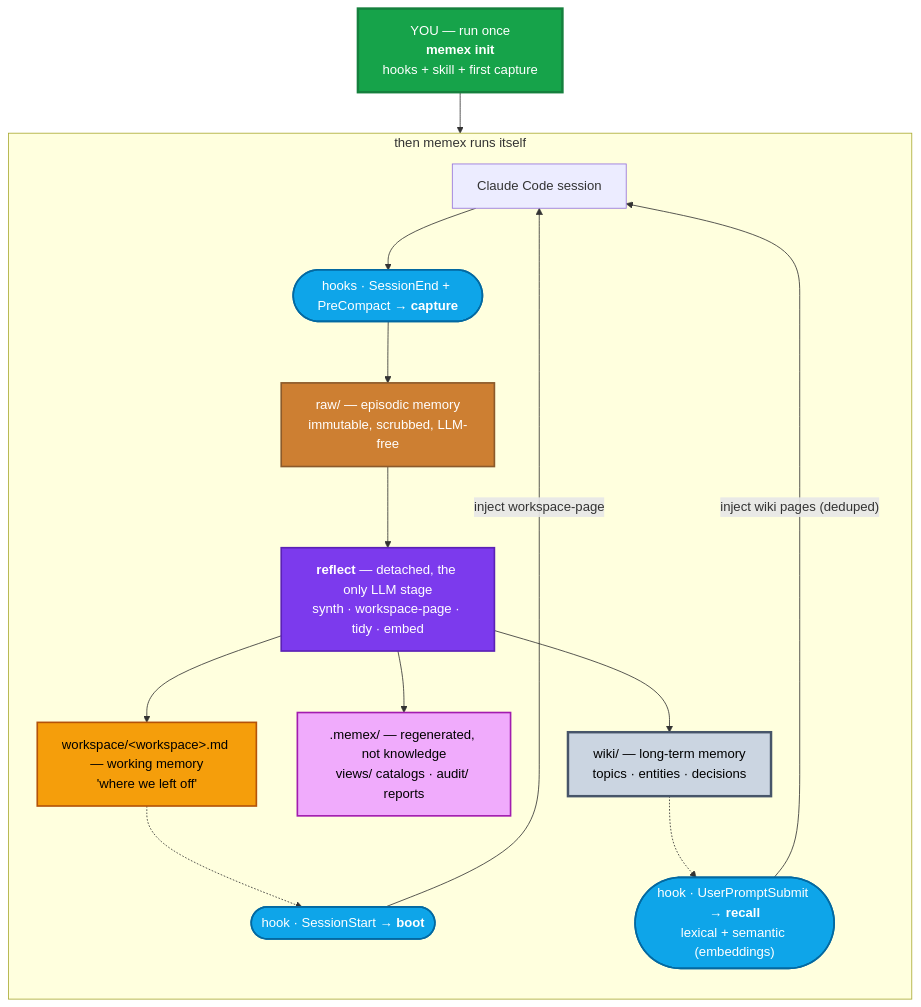
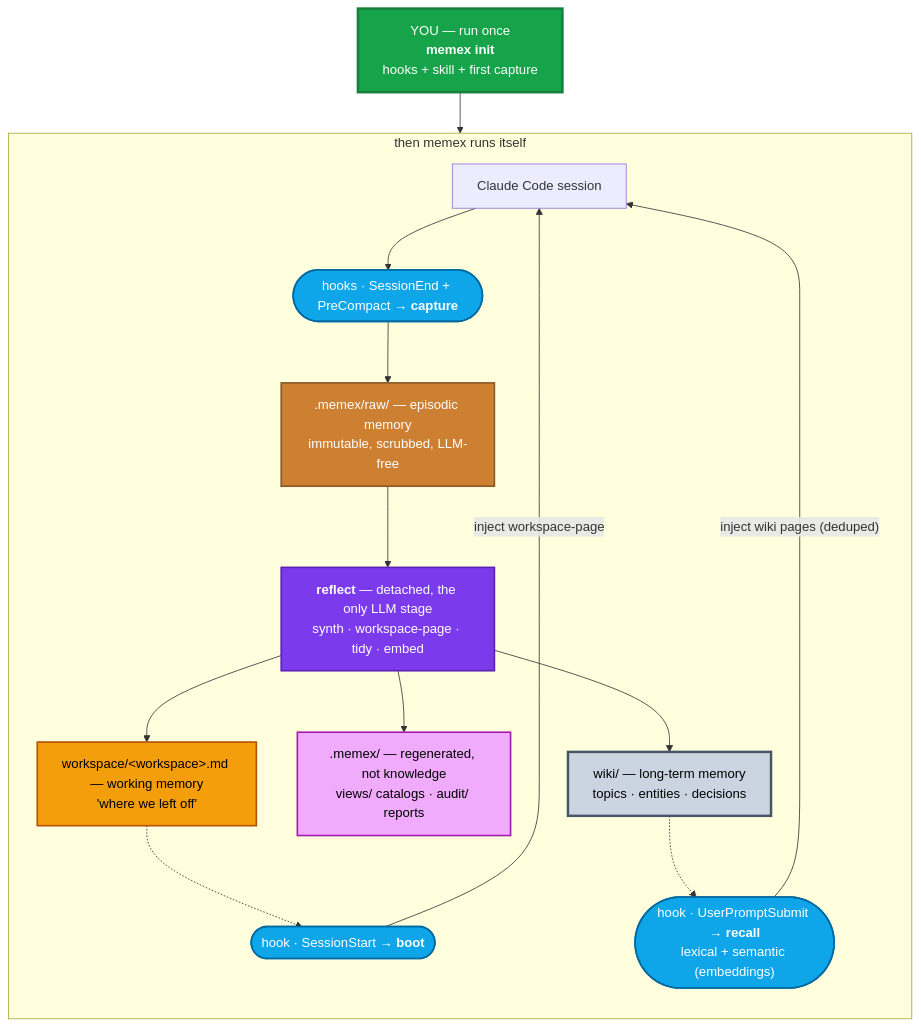
The diagram in README.md (GianCdM/memex), drawn with Mermaid before and after one commit. The commit also changed other lines of this file and 11 other files, not shown here.

First line of the commit message:
feat: move raw evidence to .memex/raw (Obsidian-lean vault)

````diff
--- a/README.md
+++ b/README.md
@@ -66,36 +66,36 @@
 ```mermaid
 flowchart TB
   classDef you fill:#16a34a,color:#fff,stroke:#15803d,stroke-width:3px
   classDef hook fill:#0ea5e9,color:#fff,stroke:#0369a1,stroke-width:2px
   classDef llm fill:#7c3aed,color:#fff,stroke:#5b21b6,stroke-width:2px
   classDef bronze fill:#cd7f32,color:#fff,stroke:#8b5a2b,stroke-width:2px
   classDef wiki fill:#cbd5e1,color:#000,stroke:#475569,stroke-width:3px
   classDef workspacec fill:#f59e0b,color:#000,stroke:#b45309,stroke-width:2px
   classDef memexc fill:#f0abfc,color:#000,stroke:#a21caf,stroke-width:2px
 
   YOU["YOU — run once<br/><b>memex init</b><br/>hooks + skill + first capture"]:::you
 
   subgraph AUTO["then memex runs itself"]
     direction TB
     HARNESS["Claude Code session"]
     BOOT(["hook · SessionStart → <b>boot</b>"]):::hook
     RECALL(["hook · UserPromptSubmit → <b>recall</b><br/>lexical + semantic (embeddings)"]):::hook
     CAP(["hooks · SessionEnd + PreCompact → <b>capture</b>"]):::hook
-    RAW["raw/ — episodic memory<br/>immutable, scrubbed, LLM-free"]:::bronze
+    RAW[".memex/raw/ — episodic memory<br/>immutable, scrubbed, LLM-free"]:::bronze
     REFL["<b>reflect</b> — detached, the only LLM stage<br/>synth · workspace-page · tidy · embed"]:::llm
     WIKI["wiki/ — long-term memory<br/>topics · entities · decisions"]:::wiki
     VIEWS[".memex/ — regenerated, not knowledge<br/>views/ catalogs · audit/ reports"]:::memexc
     WORKSPACE["workspace/&lt;workspace&gt;.md — working memory<br/>'where we left off'"]:::workspacec
 
     BOOT -- "inject workspace-page" --> HARNESS
     RECALL -- "inject wiki pages (deduped)" --> HARNESS
     HARNESS --> CAP --> RAW --> REFL
     REFL --> WIKI
     REFL --> VIEWS
     REFL --> WORKSPACE
     WORKSPACE -.-> BOOT
     WIKI -.-> RECALL
   end
 
   YOU --> HARNESS
 ```
````
